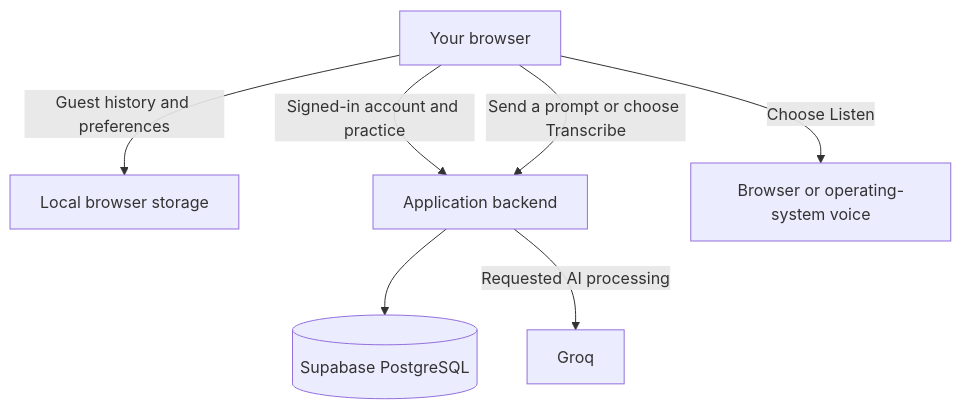
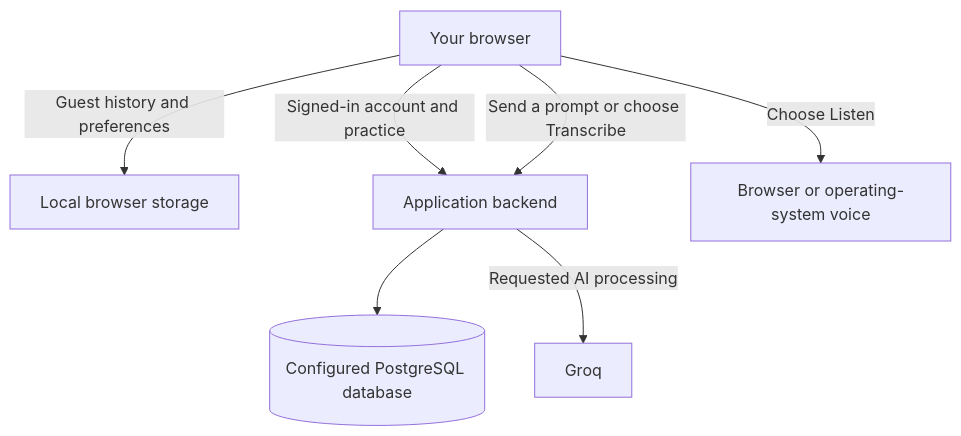
The diagram in docs/PRIVACY_AND_ACCESSIBILITY.md (Laabh-Gupta/argu-lab), drawn with Mermaid before and after one commit. The commit also changed other lines of this file and 3 other files, not shown here.

Commit message:
Document the staged migration to Neon PostgreSQL

````diff
--- a/docs/PRIVACY_AND_ACCESSIBILITY.md
+++ b/docs/PRIVACY_AND_ACCESSIBILITY.md
@@ -11,9 +11,9 @@
 ```mermaid
 flowchart TD
     U[Your browser] -->|Guest history and preferences| L[Local browser storage]
     U -->|Signed-in account and practice| A[Application backend]
-    A --> D[(Supabase PostgreSQL)]
+    A --> D[(Configured PostgreSQL database)]
     U -->|Send a prompt or choose Transcribe| A
     A -->|Requested AI processing| G[Groq]
     U -->|Choose Listen| V[Browser or operating-system voice]
 ```
````
